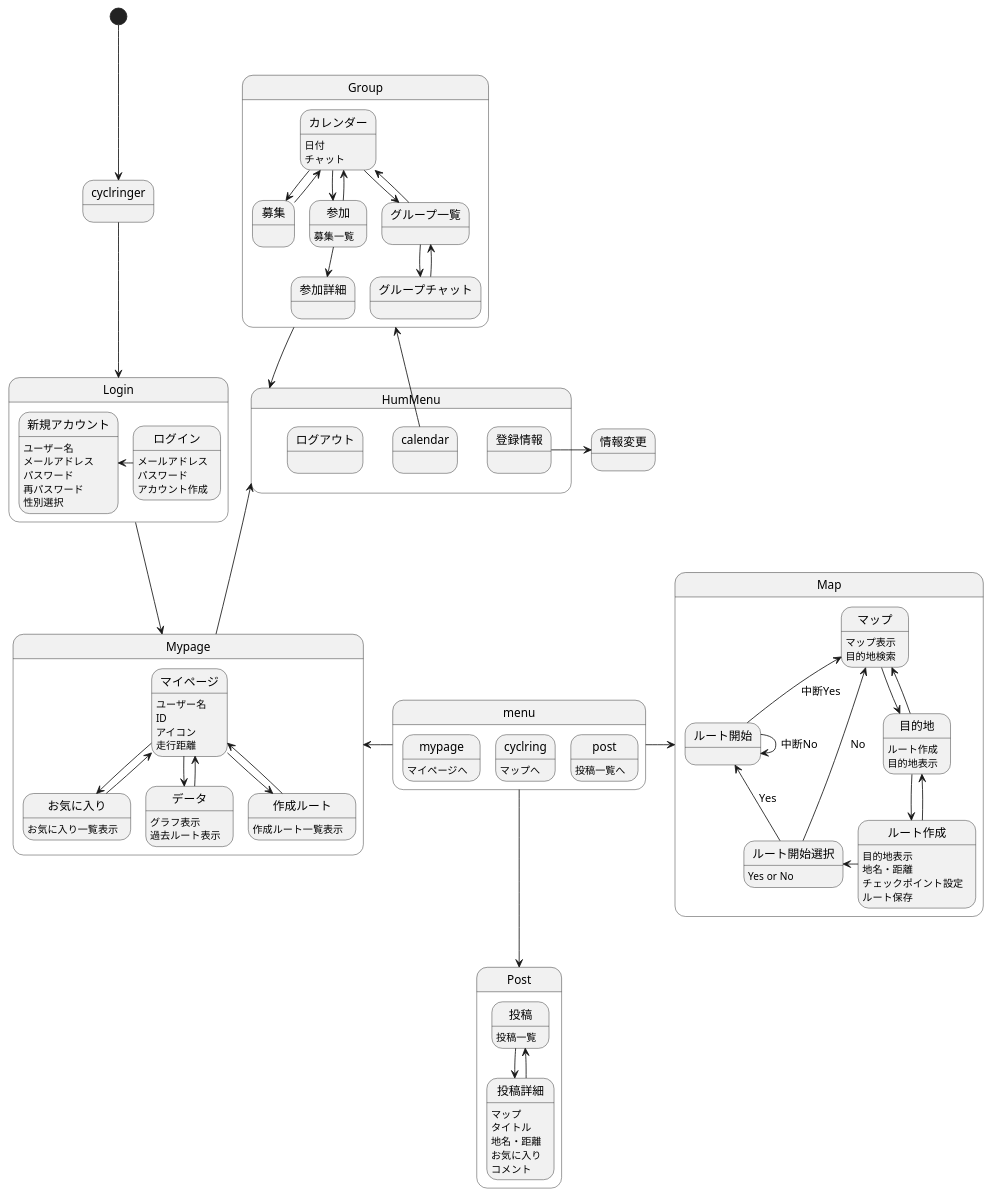
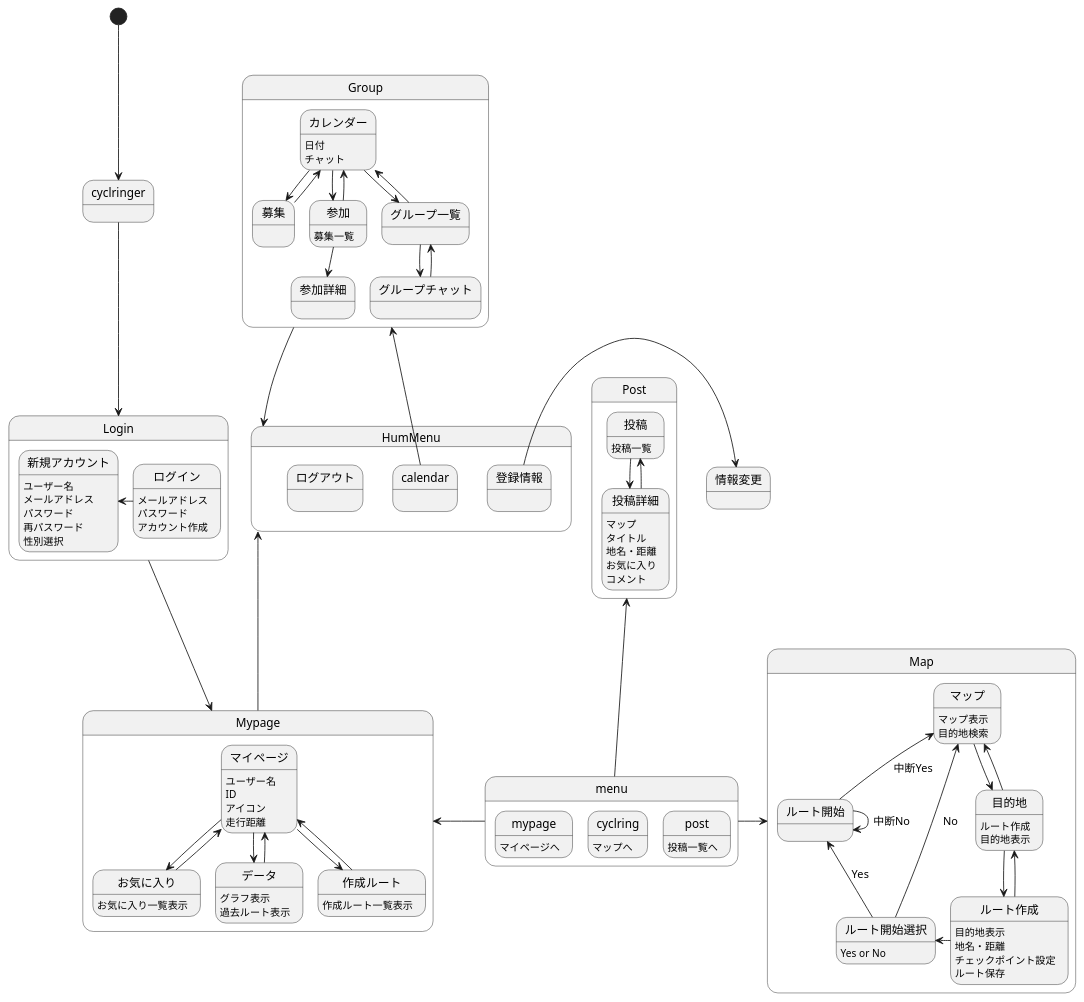
Before and after one commit to AsoSD3A3/CyclingSystem: the diagram in 画面遷移図/gm.md, drawn with PlantUML.

```diff
--- a/画面遷移図/gm.md
+++ b/画面遷移図/gm.md
@@ -38,7 +38,7 @@
 
 menu-left->Mypage
 menu-right->Map
-menu-down->Post
+menu-up->Post
 
 cyclringer-down->Login
 state Login{
```
